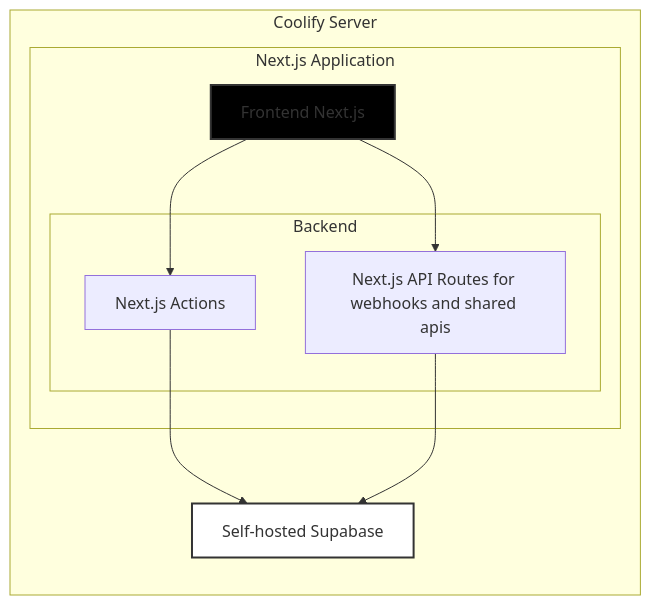
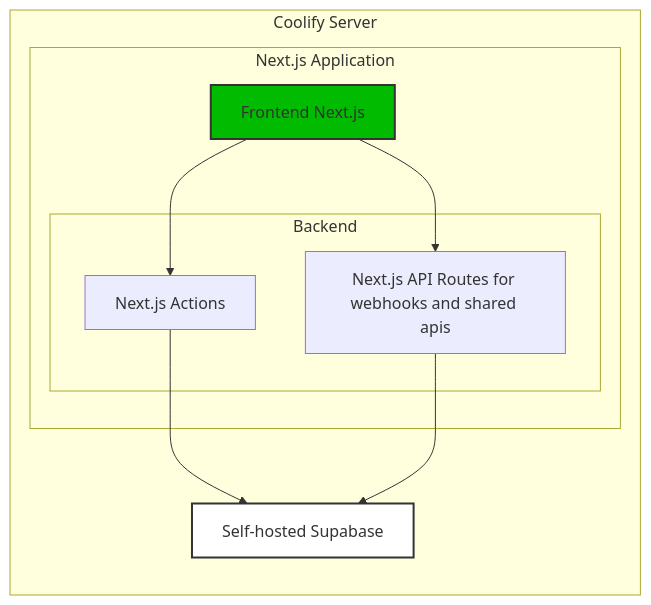
The diagram in architecture.md (tao101/Self-Hosted-Next.js-Supabase-Fullstack-Starter-Template), drawn with Mermaid before and after one commit. The commit also changed 1 other file, not shown here.

Commit message:
Update architecture diagram and remove detailed suggestions document
- Change architecture diagram node color for improved visual clarity
- Simplify suggestions.md by removing most content, keeping only a single suggestion

````diff
--- a/architecture.md
+++ b/architecture.md
@@ -41,17 +41,17 @@
 ```mermaid
 graph LR
 subgraph Coolify Server
 subgraph Next.js Application
 A[Frontend  Next.js]
 subgraph Backend
 B[Next.js Actions]
 C[Next.js API Routes for webhooks and shared apis]
 end
 end
 D[Self-hosted Supabase]
 A --> B & C
 B & C --> D
 end
-style A fill:#000,stroke:#333,stroke-width:2px
+style A fill:#0b0,stroke:#333,stroke-width:2px
 style D fill:#fff,stroke:#333,stroke-width:2px
 ```
````
